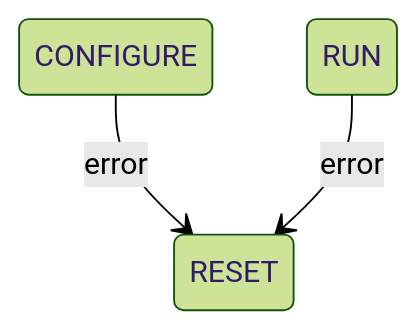
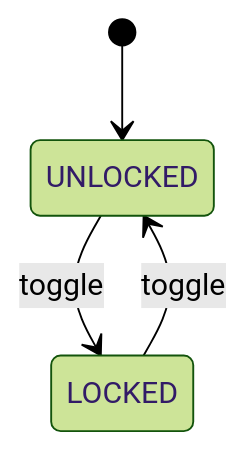
Before and after one commit to UWCubeSat/hs2-software-design: the diagram in docs/Adcs/MagnetorquerManager.md, drawn with Mermaid (forest theme). The commit also changed other lines of this file and 14 other files, not shown here.

Commit message:
docs: resolve diagram and naming conflicts

````diff
--- a/docs/Adcs/MagnetorquerManager.md
+++ b/docs/Adcs/MagnetorquerManager.md
@@ -137,5 +38,6 @@
 ```mermaid
 stateDiagram-v2
-    CONFIGURE --> RESET: error
-    RUN --> RESET: error
+  [*] --> UNLOCKED
+  UNLOCKED --> LOCKED: toggle
+  LOCKED --> UNLOCKED: toggle
 ```
````
